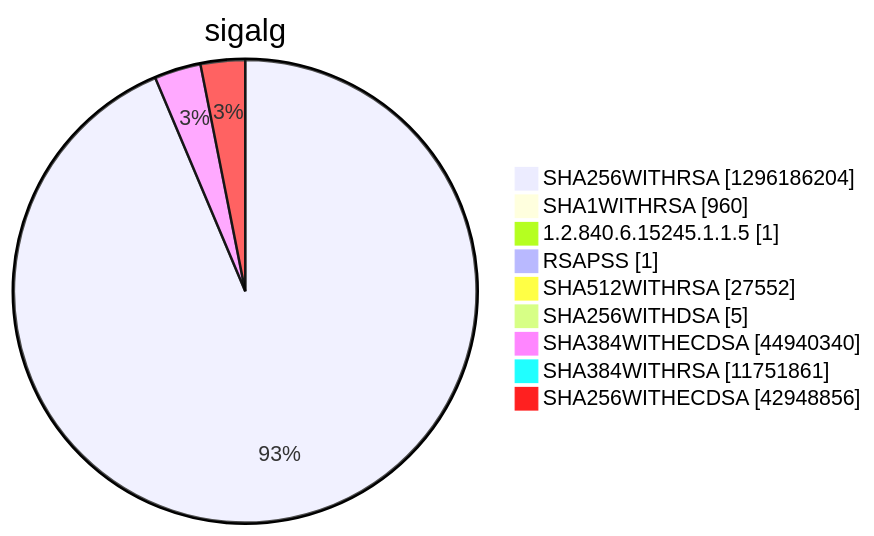
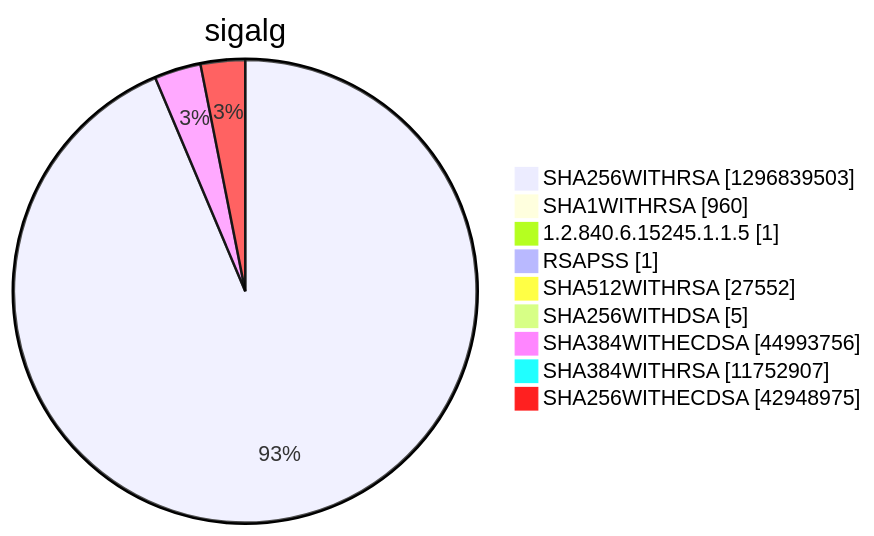
Before and after one commit to christiankrug/ctmonitor_visualization: diagram 15 of 15 in argon2022/README.md, drawn with Mermaid. The commit also changed other lines of this file, not shown here.

````diff
--- a/argon2022/README.md
+++ b/argon2022/README.md
@@ -5523,13 +5523,13 @@
 ```mermaid
 pie showData
 title sigalg
-"SHA256WITHRSA" :1296186204
+"SHA256WITHRSA" :1296839503
 "SHA1WITHRSA" :960
 "1.2.840.6.15245.1.1.5" :1
 "RSAPSS" :1
 "SHA512WITHRSA" :27552
 "SHA256WITHDSA" :5
-"SHA384WITHECDSA" :44940340
-"SHA384WITHRSA" :11751861
-"SHA256WITHECDSA" :42948856
+"SHA384WITHECDSA" :44993756
+"SHA384WITHRSA" :11752907
+"SHA256WITHECDSA" :42948975
 ```
````
